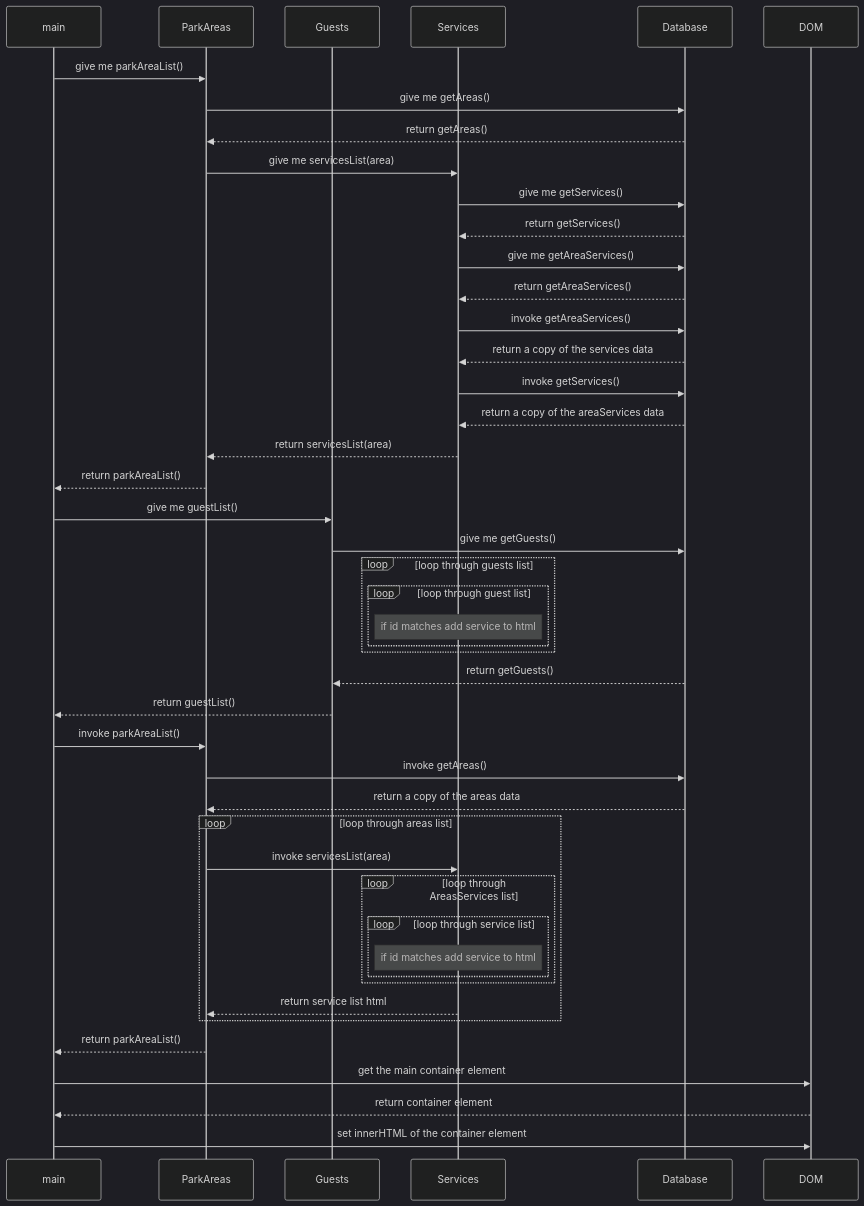
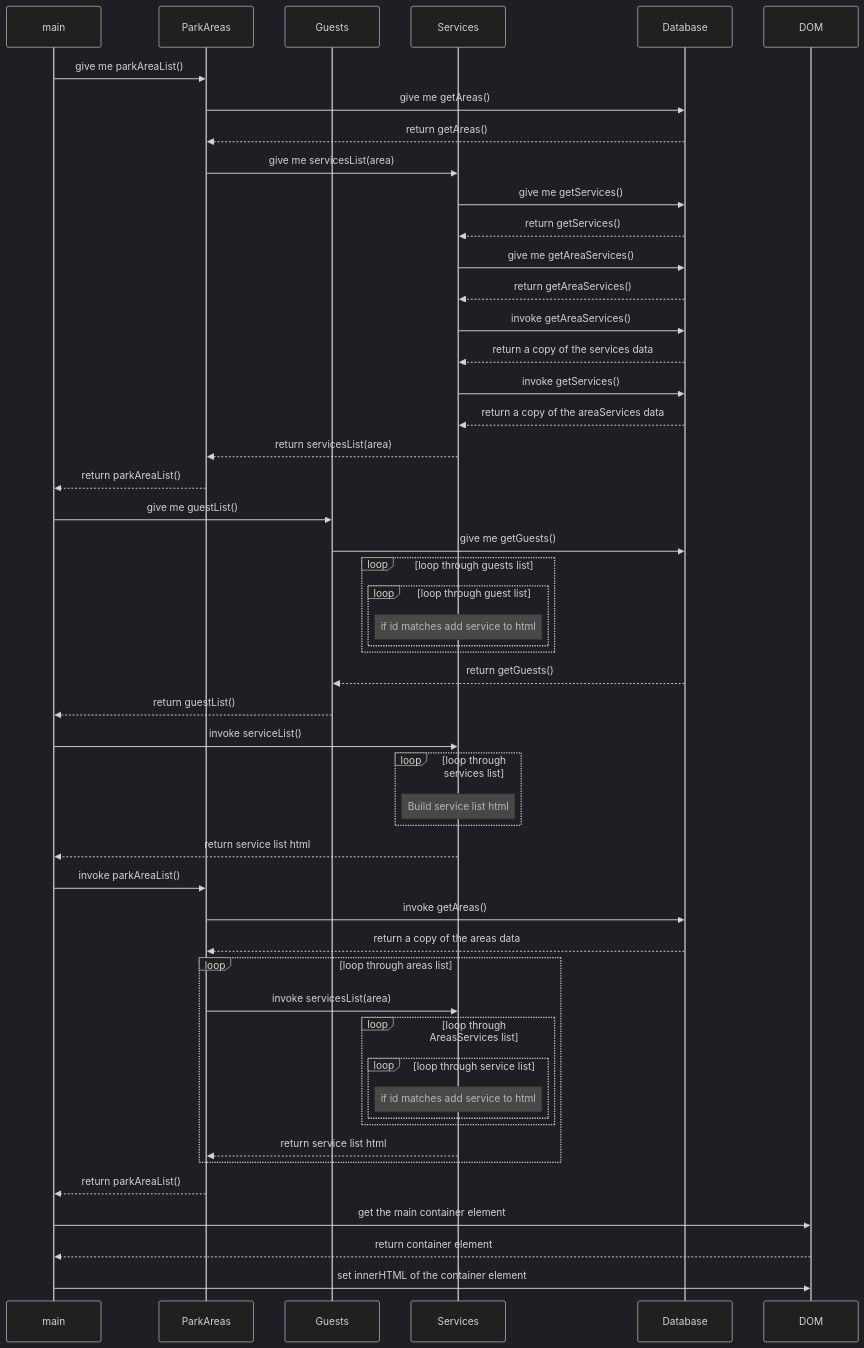
One commit to NSS-Day-Cohort-79/Cider-Falls-client-mnqgox changed the diagram in sequence.md. Above: the diagram before and after it, drawn with Mermaid (dark theme). The commit also changed 8 other files, not shown here.

````diff
--- a/sequence.md
+++ b/sequence.md
@@ -1,53 +1,59 @@
 ```mermaid
 
 sequenceDiagram
 participant main
 participant ParkAreas
 participant Guests
 participant Services
 participant Database
 participant DOM
 
 main->>ParkAreas: give me parkAreaList()
     ParkAreas->>Database: give me getAreas()
     Database-->>ParkAreas: return getAreas()
     ParkAreas->>Services: give me servicesList(area)
         Services->>Database: give me getServices()
         Database-->>Services: return getServices()
         Services->>Database: give me getAreaServices()
         Database-->>Services: return getAreaServices()
         Services->>Database: invoke getAreaServices()
         Database-->>Services: return a copy of the services data
         Services->>Database: invoke getServices()
         Database-->>Services: return a copy of the areaServices data
     Services-->>ParkAreas: return servicesList(area)
 ParkAreas-->>main: return parkAreaList()
 
 main->>Guests: give me guestList()
     Guests->>Database: give me getGuests()
     loop loop through guests list
             loop loop through guest list
                 note over Services: if id matches add service to html
             end
         end
     Database-->>Guests: return getGuests()
 Guests-->>main: return guestList()
 
+main->>Services: invoke serviceList()
+    loop loop through services list
+        note over Services: Build service list html
+    end
+Services-->>main: return service list html
+
 main->>ParkAreas: invoke parkAreaList()
 ParkAreas->>Database: invoke getAreas()
 Database-->>ParkAreas: return a copy of the areas data
 loop loop through areas list
     ParkAreas->>Services: invoke servicesList(area)
         loop loop through AreasServices list
             loop loop through service list
                 note over Services: if id matches add service to html
             end
         end
     Services-->>ParkAreas: return service list html
 end
 ParkAreas-->>main: return parkAreaList()
 
 main->>DOM: get the main container element
 DOM-->>main: return container element
 main->>DOM: set innerHTML of the container element
 ```
````
